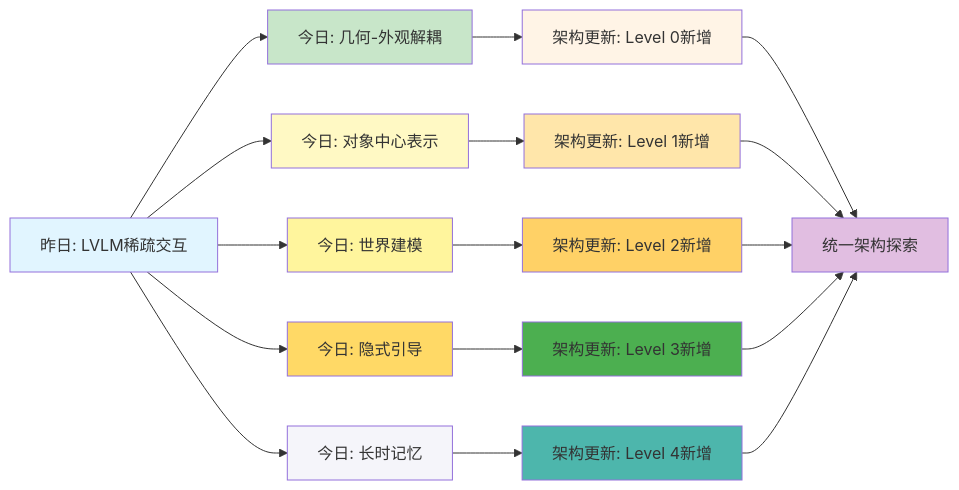
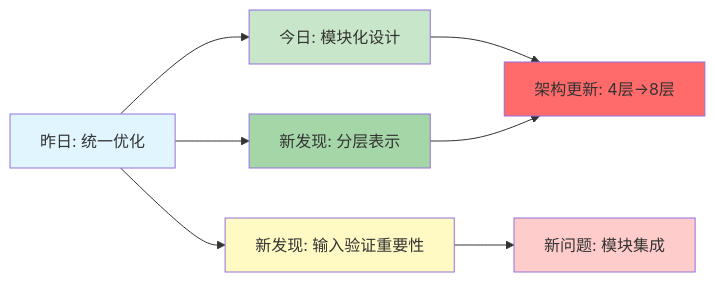
The first of 4 diagrams in daily_thinking/2026-03-30.md (liup19/spatial_agi), drawn with Mermaid before and after one commit. The commit also changed other lines of this file and 1 other file, not shown here.

````diff
--- a/daily_thinking/2026-03-30.md
+++ b/daily_thinking/2026-03-30.md
@@ -294,33 +453,16 @@
 ```mermaid
 graph LR
-    A[昨日: LVLM稀疏交互] --> B[今日: 几何-外观解耦]
-    A --> C[今日: 对象中心表示]
-    A --> D[今日: 世界建模]
-    A --> E[今日: 隐式引导]
-    A --> F[今日: 长时记忆]
-    
-    B --> G[架构更新: Level 0新增]
-    C --> H[架构更新: Level 1新增]
-    D --> I[架构更新: Level 2新增]
-    E --> J[架构更新: Level 3新增]
-    F --> K[架构更新: Level 4新增]
-    
-    G --> L[统一架构探索]
-    H --> L
-    I --> L
-    J --> L
-    K --> L
+    A[昨日: 统一优化] --> B[今日: 模块化设计]
+    A --> C[新发现: 分层表示]
+    A --> D[新发现: 输入验证重要性]
+    B --> E[架构更新: 4层→8层]
+    C --> E
+    D --> F[新问题: 模块集成]
     
     style A fill:#e1f5ff
     style B fill:#c8e6c9
-    style C fill:#fff9c4
-    style D fill:#fff59d
-    style E fill:#ffd966
-    style F fill:#f5f5fa
-    style G fill:#fff4e6
-    style H fill:#ffe6aa
-    style I fill:#ffd166
-    style J fill:#4caf50
-    style K fill:#4db6ac
-    style L fill:#e1bee1
+    style C fill:#a5d6a7
+    style D fill:#fff9c4
+    style E fill:#ff6b6b
+    style F fill:#ffcccc
 ```
````
